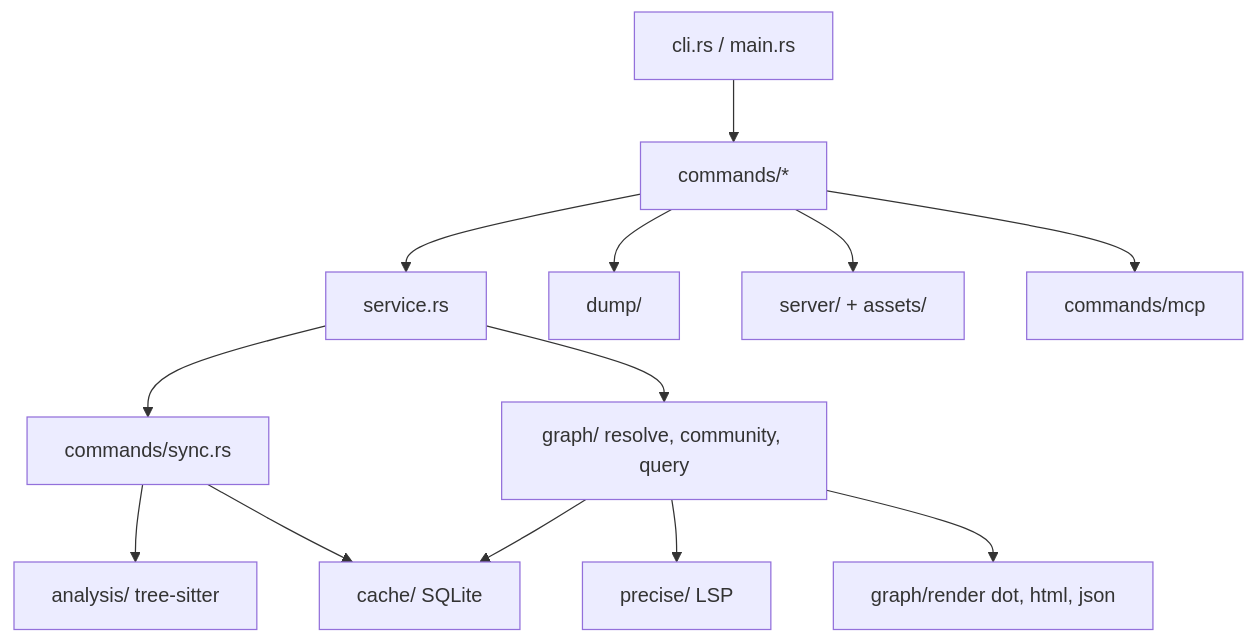
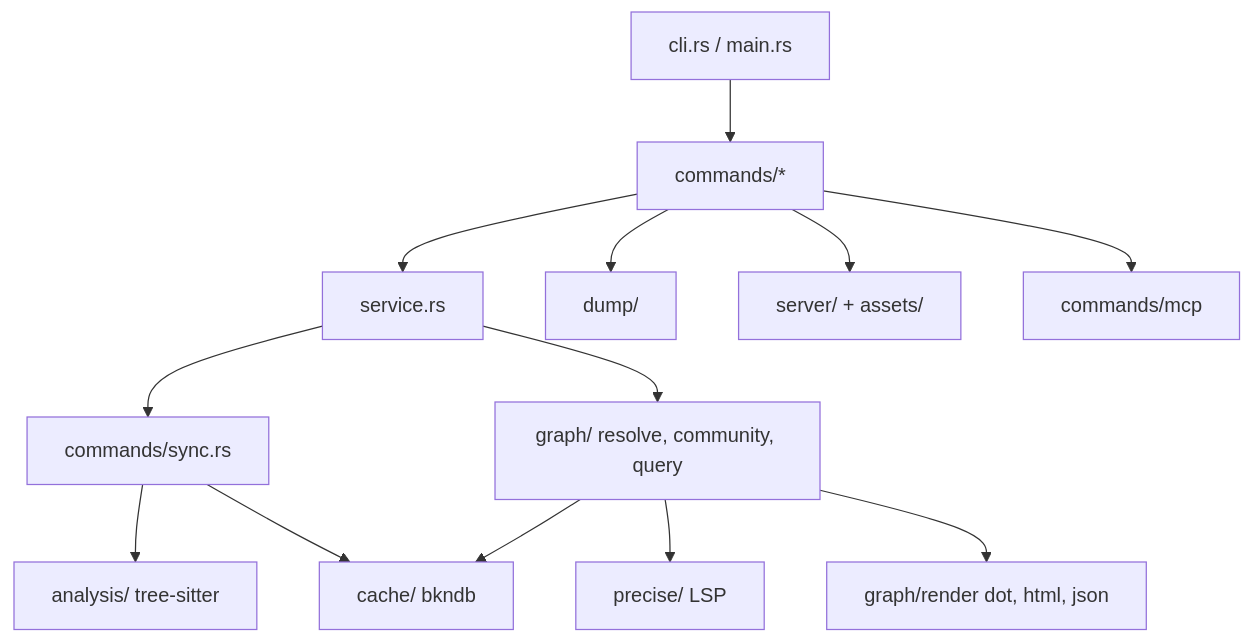
One commit to BknOrg/codebase-recall changed the diagram in docs/ARCHITECTURE.md. Above: the diagram before and after it, drawn with Mermaid. The commit also changed other lines of this file and 24 other files, not shown here.

````diff
--- a/docs/ARCHITECTURE.md
+++ b/docs/ARCHITECTURE.md
@@ -10,15 +10,15 @@
 ```mermaid
 graph TD
     CLI[cli.rs / main.rs] --> Commands[commands/*]
     Commands --> Service[service.rs]
     Service --> Sync[commands/sync.rs]
     Sync --> Analysis[analysis/ tree-sitter]
-    Sync --> Cache[cache/ SQLite]
+    Sync --> Cache[cache/ bkndb]
     Service --> Graph[graph/ resolve, community, query]
     Graph --> Cache
     Graph --> Precise[precise/ LSP]
     Graph --> Render[graph/render dot, html, json]
     Commands --> Dump[dump/]
     Commands --> Server[server/ + assets/]
     Commands --> MCP[commands/mcp]
 ```
````
